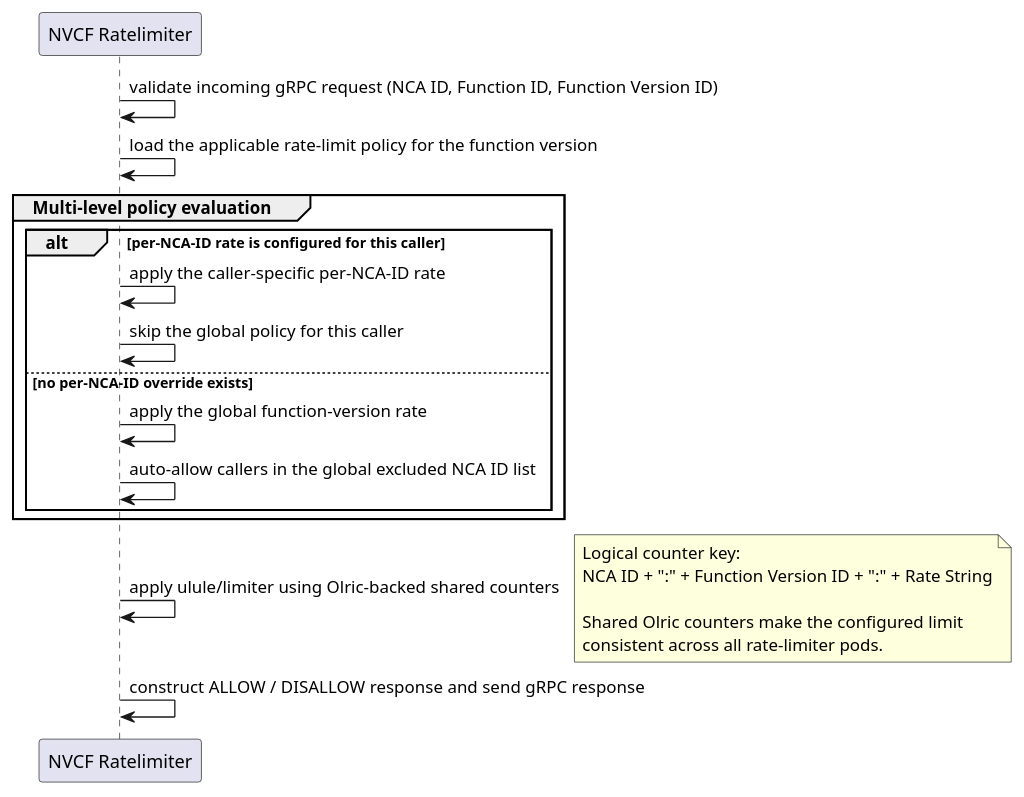
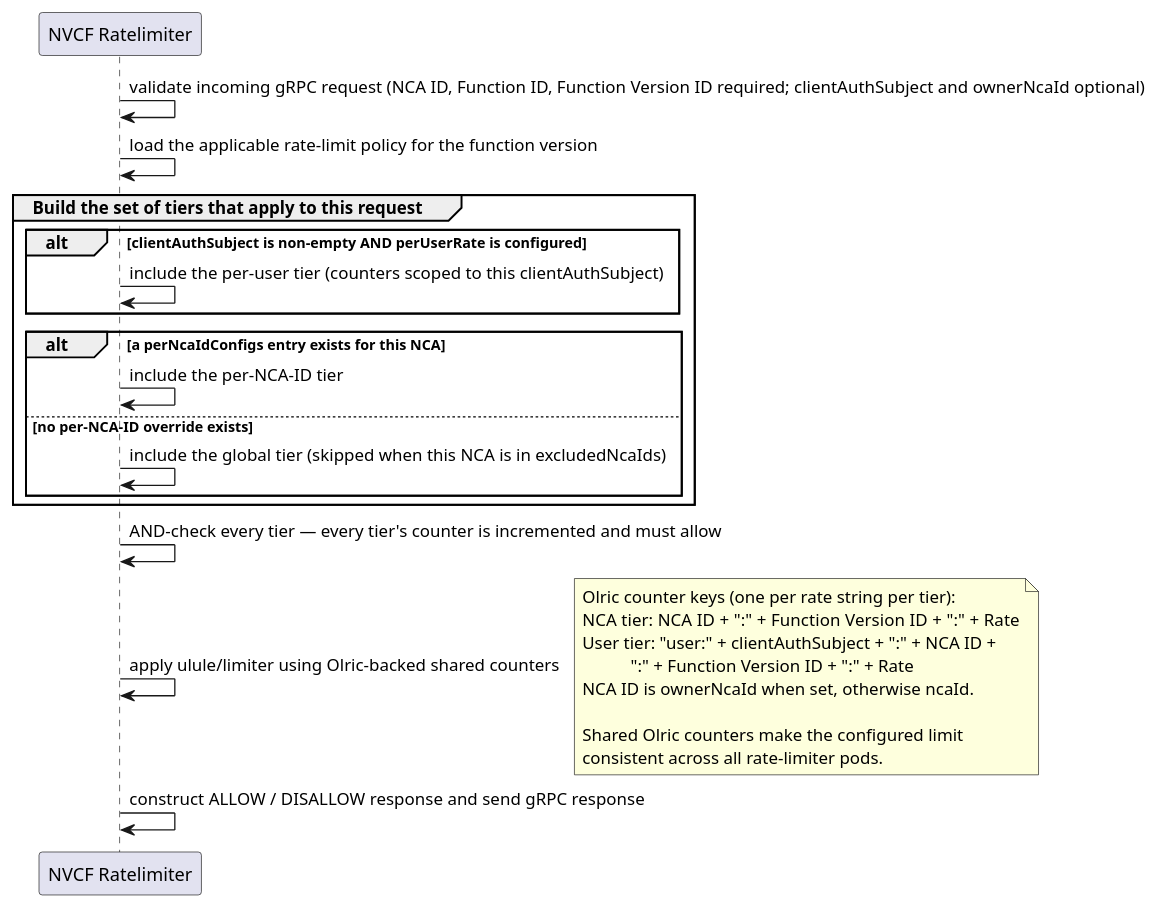
Before and after one commit to NVIDIA/nvcf: the second of 2 diagrams in src/invocation-plane-services/ratelimiter/README.md, drawn with PlantUML. The commit also changed other lines of this file and 13210 other files, not shown here.

````diff
--- a/src/invocation-plane-services/ratelimiter/README.md
+++ b/src/invocation-plane-services/ratelimiter/README.md
@@ -57,24 +92,29 @@
 ```plantuml
 participant "NVCF Ratelimiter" as service
 
-service -> service: validate incoming gRPC request (NCA ID, Function ID, Function Version ID)
+service -> service: validate incoming gRPC request (NCA ID, Function ID, Function Version ID required; clientAuthSubject and ownerNcaId optional)
 service -> service: load the applicable rate-limit policy for the function version
-group Multi-level policy evaluation
-    alt per-NCA-ID rate is configured for this caller
-        service -> service: apply the caller-specific per-NCA-ID rate
-        service -> service: skip the global policy for this caller
+group Build the set of tiers that apply to this request
+    alt clientAuthSubject is non-empty AND perUserRate is configured
+        service -> service: include the per-user tier (counters scoped to this clientAuthSubject)
+    end
+    alt a perNcaIdConfigs entry exists for this NCA
+        service -> service: include the per-NCA-ID tier
     else no per-NCA-ID override exists
-        service -> service: apply the global function-version rate
-        service -> service: auto-allow callers in the global excluded NCA ID list
+        service -> service: include the global tier (skipped when this NCA is in excludedNcaIds)
     end
 end
+service -> service: AND-check every tier — every tier's counter is incremented and must allow
 service -> service: apply ulule/limiter using Olric-backed shared counters
 note right
-        Logical counter key:
-        NCA ID + ":" + Function Version ID + ":" + Rate String
+        Olric counter keys (one per rate string per tier):
+        NCA tier:  NCA ID + ":" + Function Version ID + ":" + Rate
+        User tier: "user:" + clientAuthSubject + ":" + NCA ID +
+                   ":" + Function Version ID + ":" + Rate
+        NCA ID is ownerNcaId when set, otherwise ncaId.
 
         Shared Olric counters make the configured limit
         consistent across all rate-limiter pods.
 end note
 service -> service: construct ALLOW / DISALLOW response and send gRPC response
 ```
````
